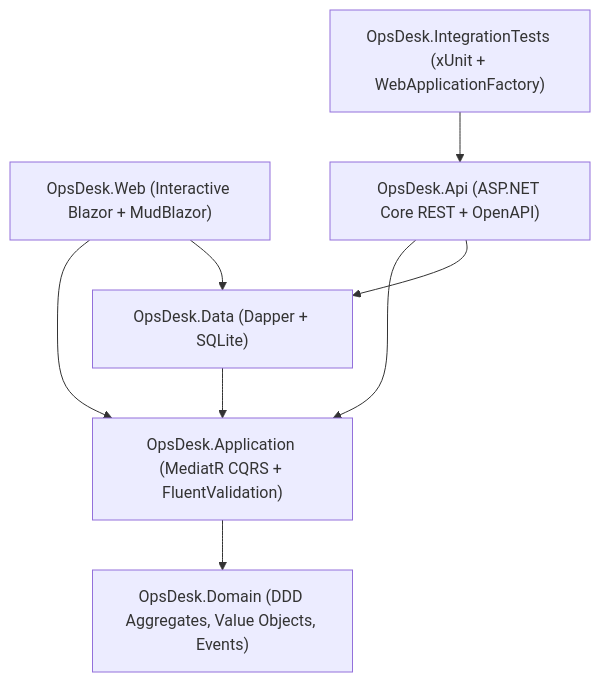
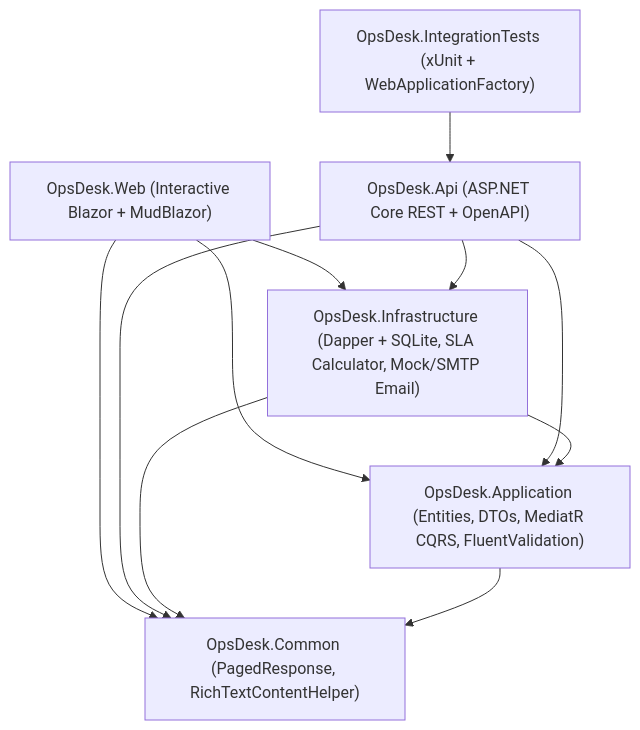
Before and after one commit to Herolime/opsdesk: the first of 2 diagrams in README.md, drawn with Mermaid. The commit also changed other lines of this file, not shown here.

Commit message:
docs: update README architecture diagram, state machine, and design highlights

````diff
--- a/README.md
+++ b/README.md
@@ -9,10 +9,13 @@
 ```mermaid
 flowchart TD
-    Web["OpsDesk.Web (Interactive Blazor + MudBlazor)"] --> App["OpsDesk.Application (MediatR CQRS + FluentValidation)"]
+    Web["OpsDesk.Web (Interactive Blazor + MudBlazor)"] --> App["OpsDesk.Application (Entities, DTOs, MediatR CQRS, FluentValidation)"]
+    Web --> Infra["OpsDesk.Infrastructure"]
+    Web --> Common["OpsDesk.Common (PagedResponse, RichTextContentHelper)"]
     Api["OpsDesk.Api (ASP.NET Core REST + OpenAPI)"] --> App
-    Api --> Data["OpsDesk.Data (Dapper + SQLite)"]
-    Web --> Data
-    Data --> App
-    App --> Domain["OpsDesk.Domain (DDD Aggregates, Value Objects, Events)"]
+    Api --> Infra["OpsDesk.Infrastructure (Dapper + SQLite, SLA Calculator, Mock/SMTP Email)"]
+    Api --> Common
+    Infra --> App
+    Infra --> Common
+    App --> Common
     Tests["OpsDesk.IntegrationTests (xUnit + WebApplicationFactory)"] --> Api
 ```
````
